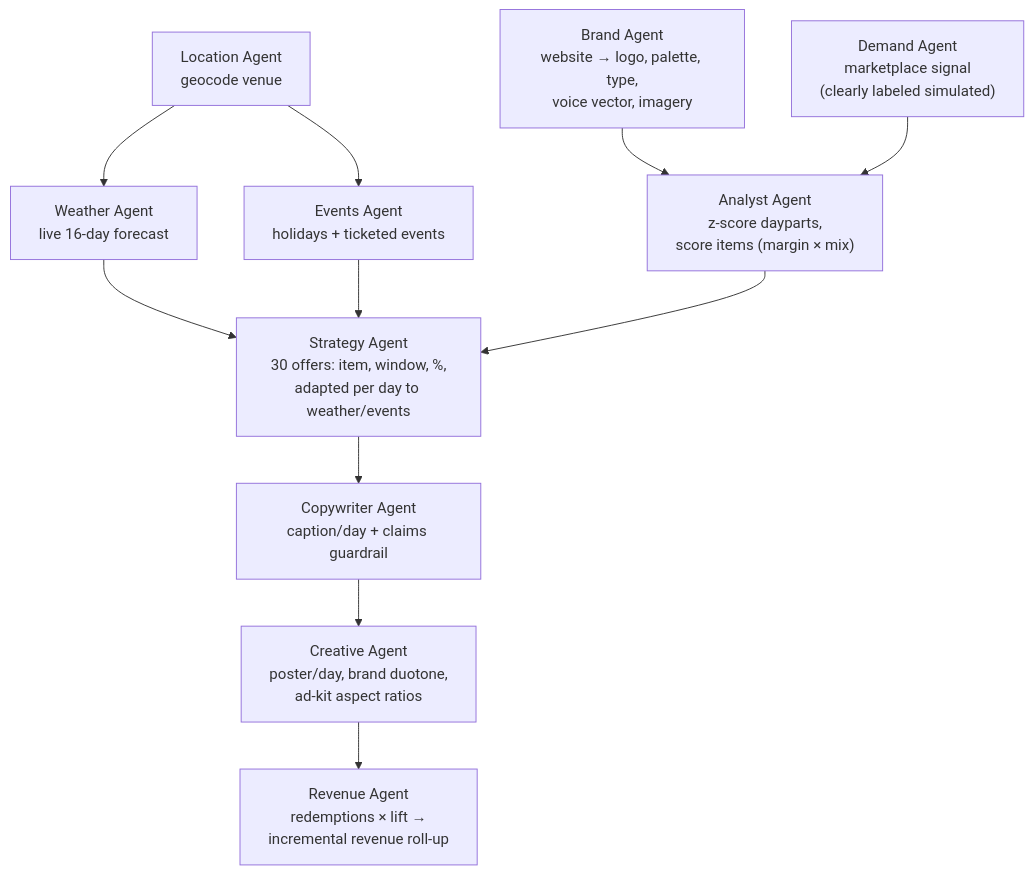
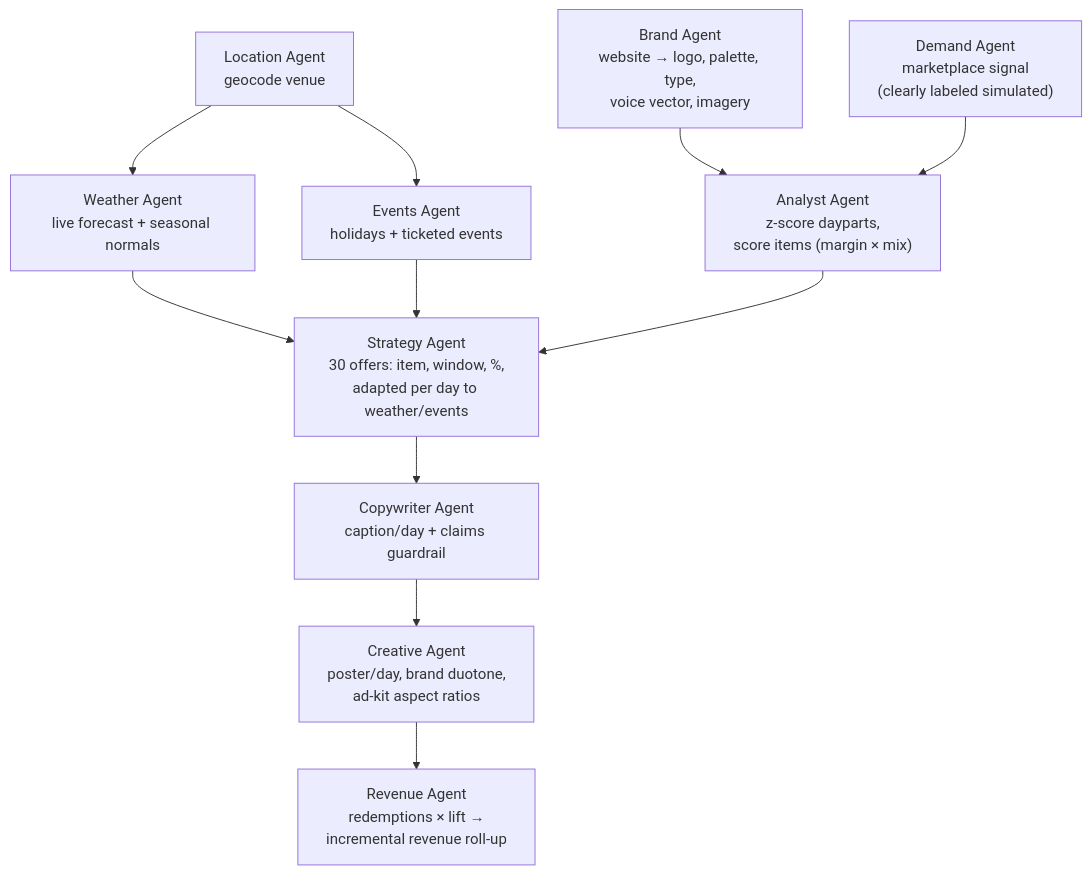
Before and after one commit to rohitdvv/swell: the second of 4 diagrams in ARCHITECTURE.md, drawn with Mermaid. The commit also changed other lines of this file and 13 other files, not shown here.

````diff
--- a/ARCHITECTURE.md
+++ b/ARCHITECTURE.md
@@ -61,19 +61,19 @@
 ```mermaid
 flowchart TB
   B["Brand Agent<br/>website → logo, palette, type,<br/>voice vector, imagery"]
   D["Demand Agent<br/>marketplace signal<br/>(clearly labeled simulated)"]
   LO["Location Agent<br/>geocode venue"]
-  WE["Weather Agent<br/>live 16-day forecast"]
+  WE["Weather Agent<br/>live forecast + seasonal normals"]
   EV["Events Agent<br/>holidays + ticketed events"]
   AN["Analyst Agent<br/>z-score dayparts,<br/>score items (margin × mix)"]
   ST["Strategy Agent<br/>30 offers: item, window, %,<br/>adapted per day to weather/events"]
   CO["Copywriter Agent<br/>caption/day + claims guardrail"]
   CR["Creative Agent<br/>poster/day, brand duotone,<br/>ad-kit aspect ratios"]
   RE["Revenue Agent<br/>redemptions × lift →<br/>incremental revenue roll-up"]
 
   B --> AN
   D --> AN
   LO --> WE --> ST
   LO --> EV --> ST
   AN --> ST --> CO --> CR --> RE
 ```
````
